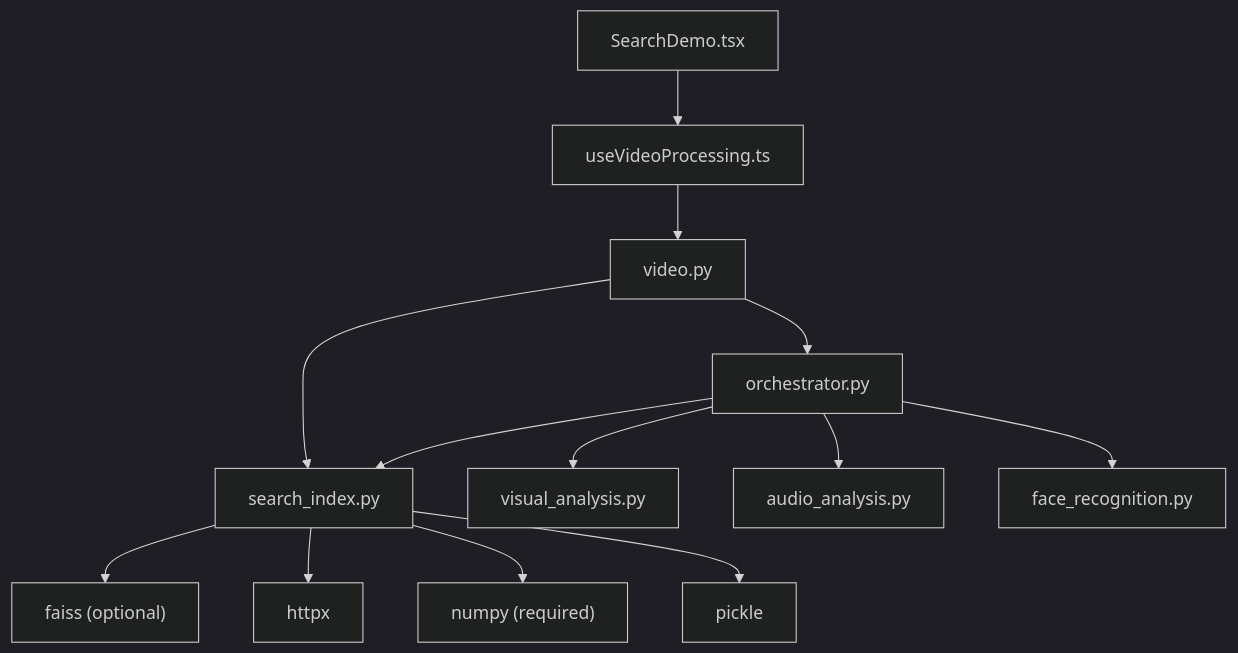
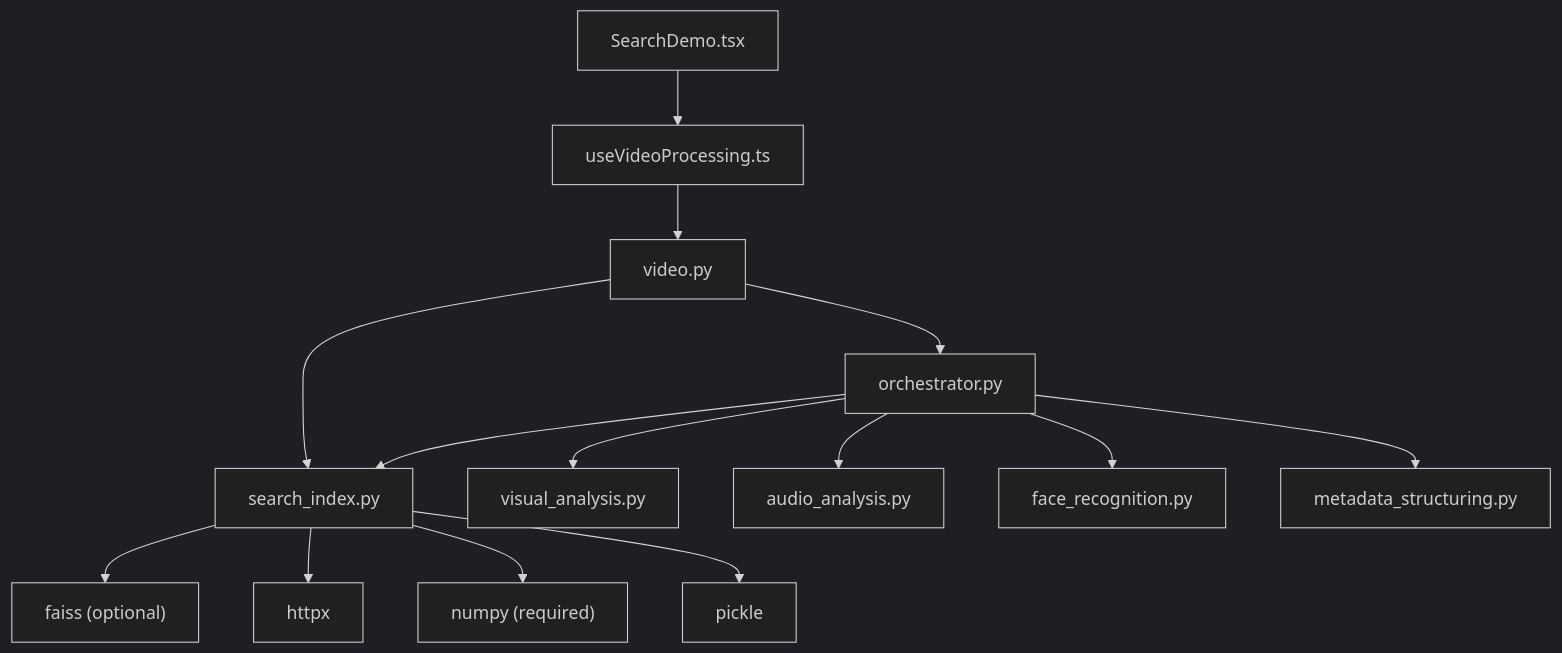
One commit to alexandreybasta-cyber/dubai-media-ai changed the ninth of 9 diagrams in .qoder/repowiki/en/content/Media Processing Pipeline/Search Index Stage.md. Above: the diagram before and after it, drawn with Mermaid (dark theme). The commit also changed other lines of this file and 54 other files, not shown here.

````diff
--- a/.qoder/repowiki/en/content/Media Processing Pipeline/Search Index Stage.md
+++ b/.qoder/repowiki/en/content/Media Processing Pipeline/Search Index Stage.md
@@ -403,15 +421,16 @@
 ```mermaid
 graph TB
 SI["search_index.py"] --> FAISS["faiss (optional)"]
 SI --> HTTPX["httpx"]
 SI --> NP["numpy (required)"]
 SI --> PICKLE["pickle"]
 ORCH["orchestrator.py"] --> SI
 ORCH --> VA["visual_analysis.py"]
 ORCH --> ASR["audio_analysis.py"]
 ORCH --> FR["face_recognition.py"]
+ORCH --> MS["metadata_structuring.py"]
 ROUTER["video.py"] --> ORCH
 ROUTER --> SI
 FE["SearchDemo.tsx"] --> API["useVideoProcessing.ts"]
 API --> ROUTER
 ```
````
